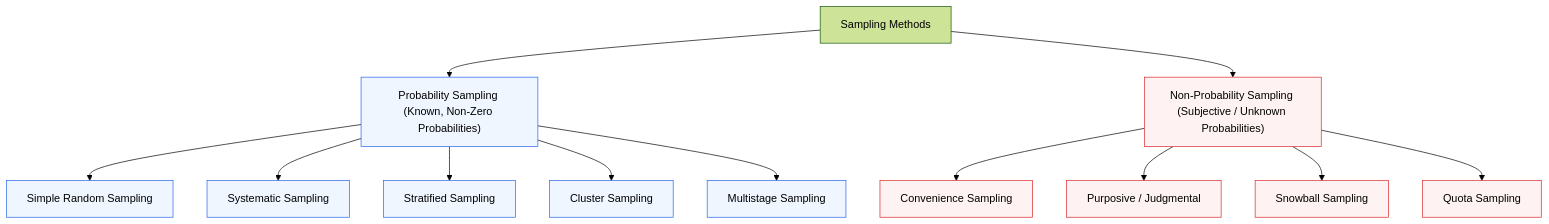
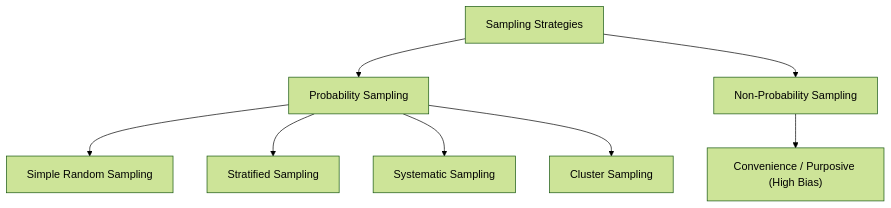
The second of 2 diagrams in docs/Inferential-Statistics/01-introduction/01-data-and-sampling.mdx (vettrivel-kl/vettrivel-kl.github.io), drawn with Mermaid (forest theme) before and after one commit. The commit also changed other lines of this file and 51 other files, not shown here.

````diff
--- a/docs/Inferential-Statistics/01-introduction/01-data-and-sampling.mdx
+++ b/docs/Inferential-Statistics/01-introduction/01-data-and-sampling.mdx
@@ -128,22 +95,12 @@
 ```mermaid
 flowchart TD
-    classDef prob fill:#eff6ff,stroke:#2563eb,stroke-width:1px;
-    classDef nonprob fill:#fef2f2,stroke:#dc2626,stroke-width:1px;
-
-    Methods["Sampling Methods"] --> P["Probability Sampling (Known, Non-Zero Probabilities)"]
-    Methods --> NP["Non-Probability Sampling (Subjective / Unknown Probabilities)"]
-
-    P --> SRS["Simple Random Sampling"]
-    P --> SYS["Systematic Sampling"]
-    P --> STR["Stratified Sampling"]
-    P --> CLU["Cluster Sampling"]
-    P --> MUL["Multistage Sampling"]
-
-    NP --> CON["Convenience Sampling"]
-    NP --> PUR["Purposive / Judgmental"]
-    NP --> SNO["Snowball Sampling"]
-    NP --> QUO["Quota Sampling"]
-
-    class P,SRS,SYS,STR,CLU,MUL prob;
-    class NP,CON,PUR,SNO,QUO nonprob;
+    A["Sampling Strategies"] --> B["Probability Sampling"]
+    A --> C["Non-Probability Sampling"]
+    
+    B --> D["Simple Random Sampling"]
+    B --> E["Stratified Sampling"]
+    B --> F["Systematic Sampling"]
+    B --> G["Cluster Sampling"]
+    
+    C --> H["Convenience / Purposive (High Bias)"]
 ```
````
